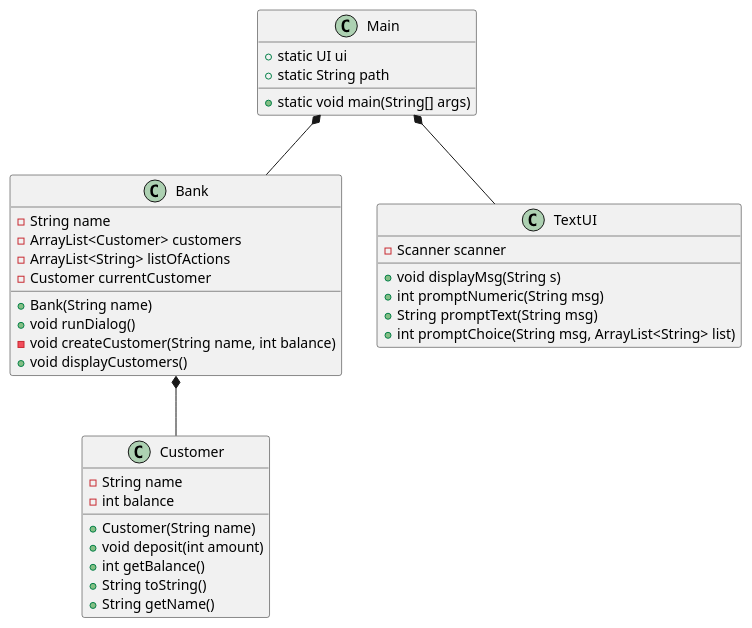
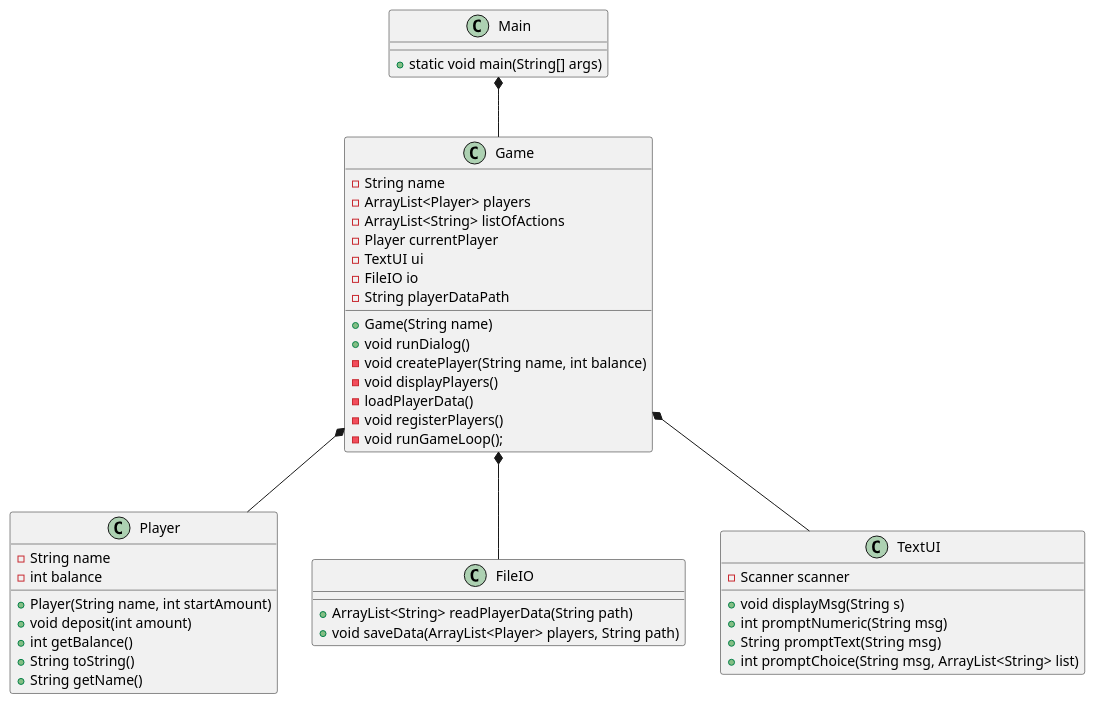
One commit to Dat1Cphbusiness/MonopolyE24 changed the diagram in doc/classdiagram.puml. Above: the diagram before and after it, drawn with PlantUML. The commit also changed 7 other files, not shown here.

Commit message:
diagrams

```diff
--- a/doc/classdiagram.puml
+++ b/doc/classdiagram.puml
@@ -1,42 +1,57 @@
 @startuml
 class Main{
-+ static UI ui
-+ static String path
 + static void main(String[] args)
 }
 
 
-class Bank{
+class Game{
  - String name
- - ArrayList<Customer> customers
+ - ArrayList<Player> players
  - ArrayList<String> listOfActions
- - Customer currentCustomer
- + Bank(String name)
+ - Player currentPlayer
+ - TextUI ui
+ - FileIO io
+ - String playerDataPath
+ + Game(String name)
  + void runDialog()
- - void createCustomer(String name, int balance)
- + void displayCustomers()
+ - void createPlayer(String name, int balance)
+  - void displayPlayers()
+  ' new: we will load the data as strings and create player objects from the data in each element
+  - loadPlayerData()
+ ' new: in a turnbased game we would want to create as many players as the game allows
+ - void registerPlayers()
+ 'new: we need a loop to manage each players' turn during the life cycle of the game
+ - void runGameLoop();
+
 }
 
-class Customer{
+class Player{
 - String name
 - int balance
-+ Customer(String name)
++ Player(String name, int startAmount)
 + void deposit(int amount)
 + int getBalance()
 + String toString()
 + String getName()
+
+}
+class FileIO{
++ ArrayList<String> readPlayerData(String path)
++ void saveData(ArrayList<Player> players, String path)
 }
 
 class TextUI{
 - Scanner scanner
 + void displayMsg(String s)
 + int promptNumeric(String msg)
 + String promptText(String msg)
 + int promptChoice(String msg, ArrayList<String> list)
+
 }
 
-Main *-- TextUI
-Main *-- Bank
-Bank *-- Customer
+Game *-- TextUI
+Main *-- Game
+Game *-- Player
+Game *-- FileIO
 
 @enduml
```
